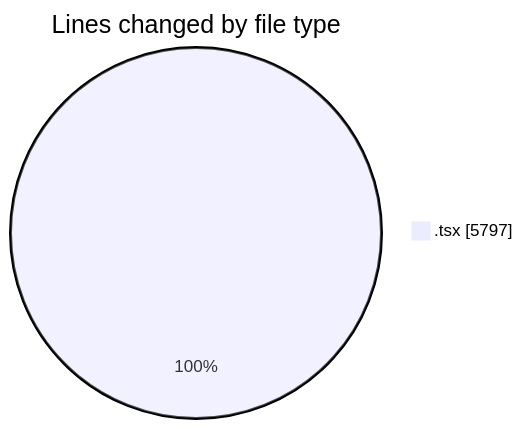
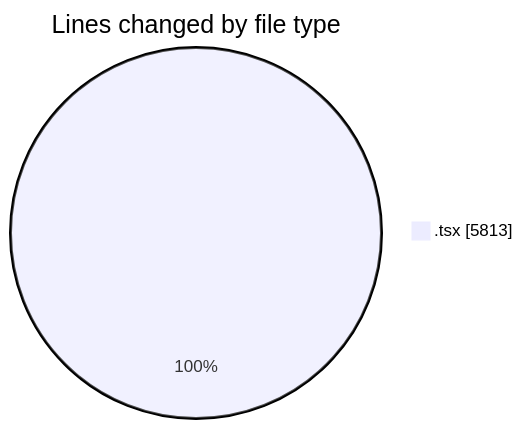
Before and after one commit to momahboobian/code-tracking: the first of 2 diagrams in 2025-12-04/cda/README.md, drawn with Mermaid. The commit also changed other lines of this file and 1 other file, not shown here.

````diff
--- a/2025-12-04/cda/README.md
+++ b/2025-12-04/cda/README.md
@@ -22,5 +22,5 @@
 ```mermaid
 pie showData
 title Lines changed by file type
-".tsx" : 5797
+".tsx" : 5813
 ```
````
